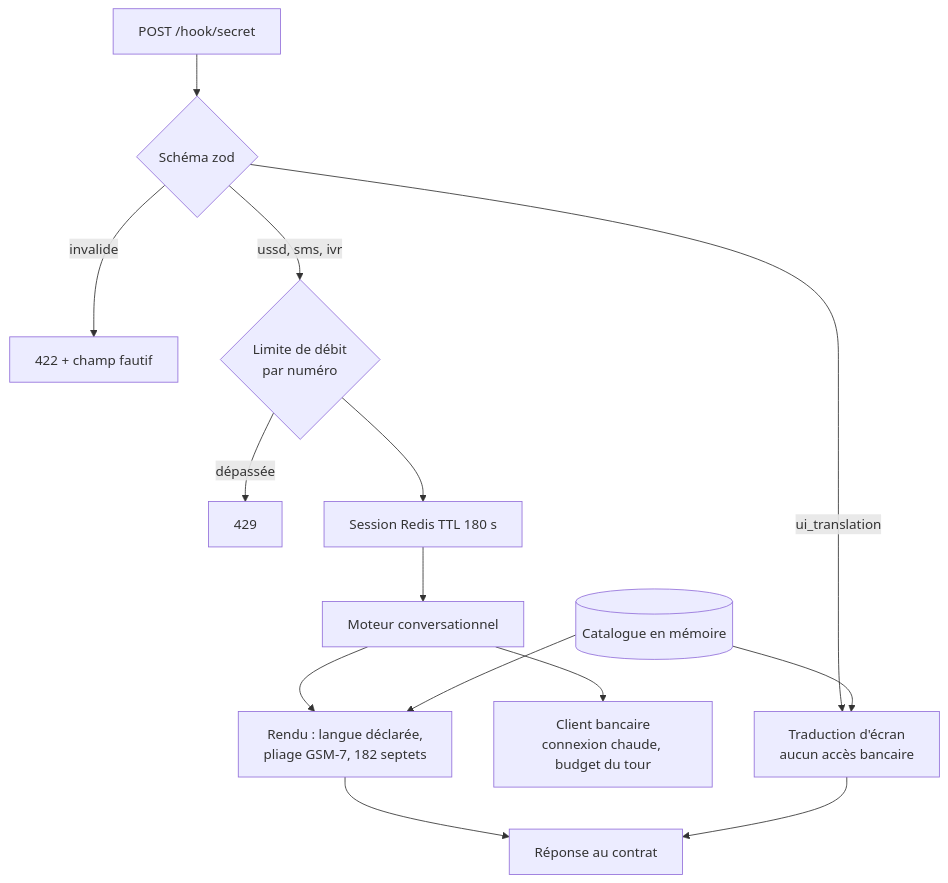
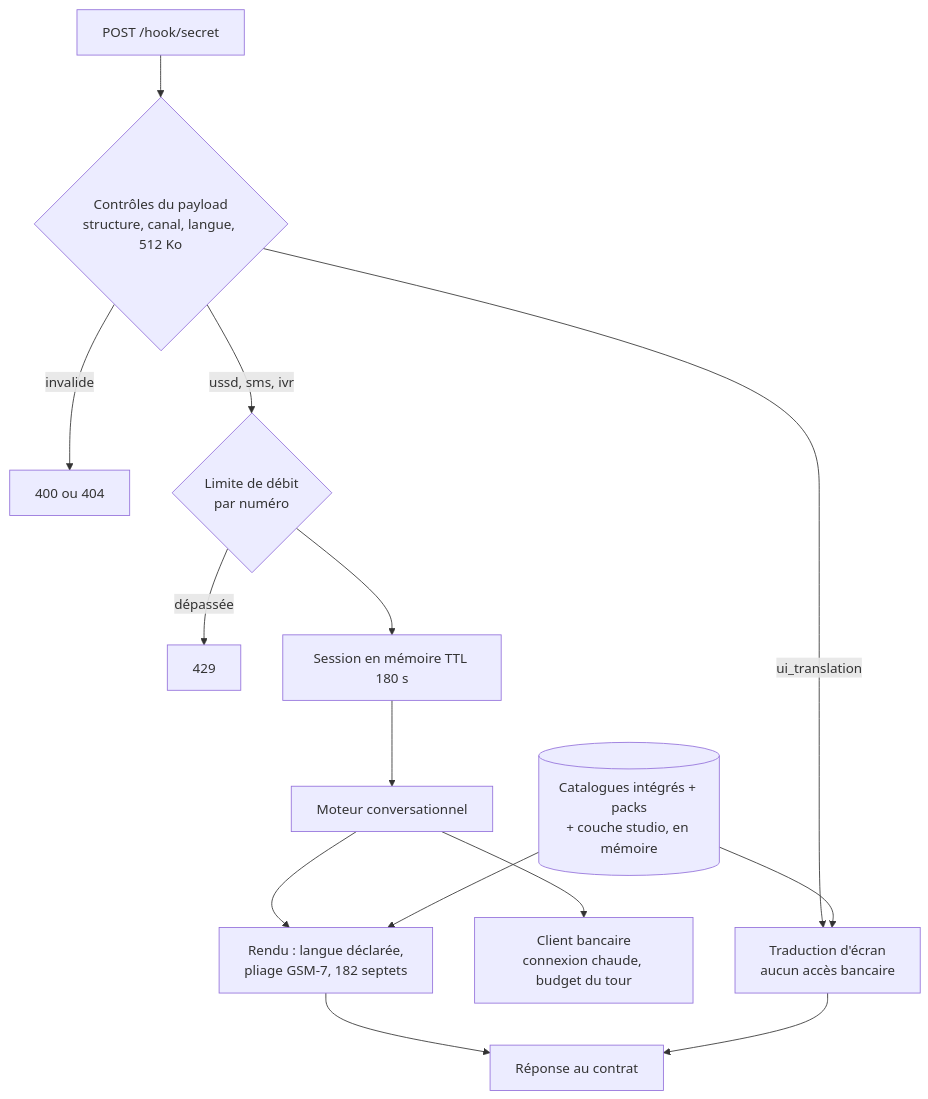
The second of 8 diagrams in docs/ARCHITECTURE.md (junguck/nkaplingua), drawn with Mermaid before and after one commit. The commit also changed other lines of this file and 17 other files, not shown here.

````diff
--- a/docs/ARCHITECTURE.md
+++ b/docs/ARCHITECTURE.md
@@ -63,16 +63,16 @@
 ```mermaid
 flowchart TB
-    IN[POST /hook/secret] --> V{Schéma zod}
-    V -- invalide --> E422[422 + champ fautif]
+    IN[POST /hook/secret] --> V{Contrôles du payload<br/>structure, canal, langue, 512 Ko}
+    V -- invalide --> E400[400 ou 404]
     V -- ui_translation --> UI[Traduction d'écran<br/>aucun accès bancaire]
     V -- ussd, sms, ivr --> RL{Limite de débit<br/>par numéro}
     RL -- dépassée --> E429[429]
-    RL --> S[Session Redis TTL 180 s]
+    RL --> S[Session en mémoire TTL 180 s]
     S --> C[Moteur conversationnel]
     C --> B[Client bancaire<br/>connexion chaude, budget du tour]
     C --> RD[Rendu : langue déclarée,<br/>pliage GSM-7, 182 septets]
-    L1[(Catalogue en mémoire)] --> RD
+    L1[(Catalogues intégrés + packs<br/>+ couche studio, en mémoire)] --> RD
     L1 --> UI
     RD --> OUT[Réponse au contrat]
     UI --> OUT
 ```
````
